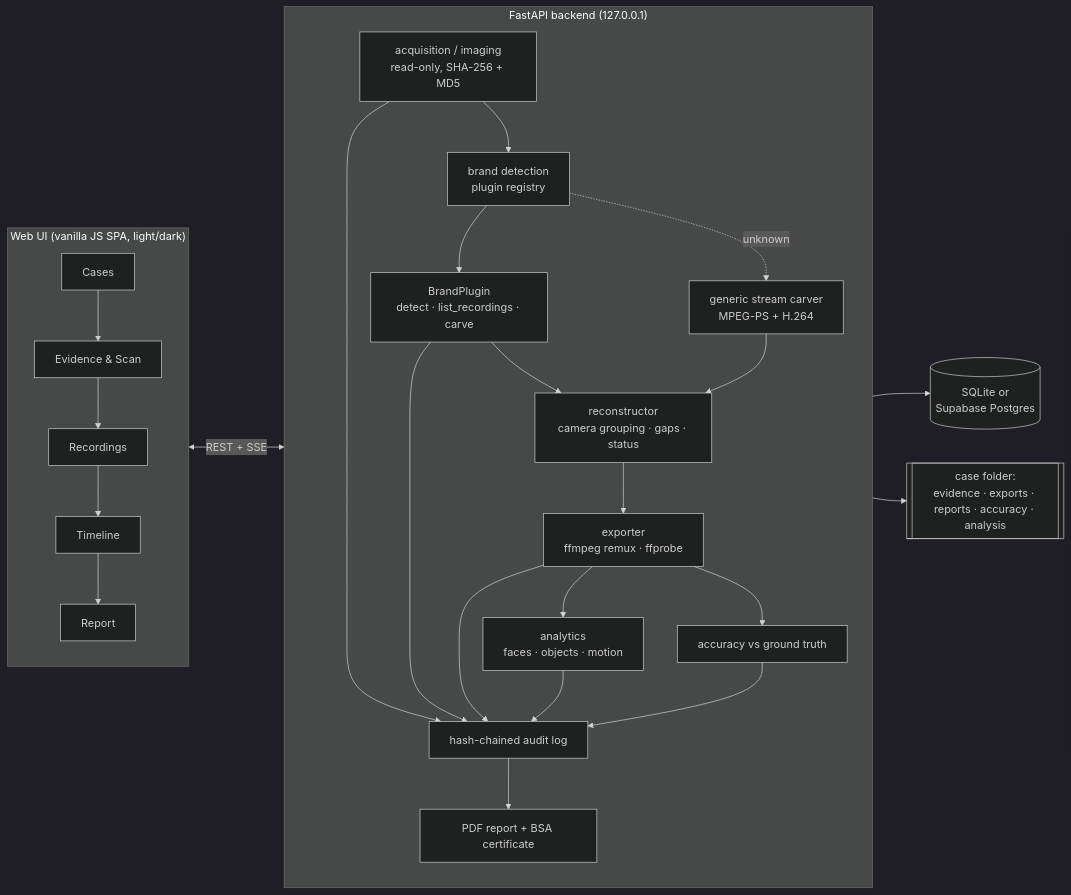
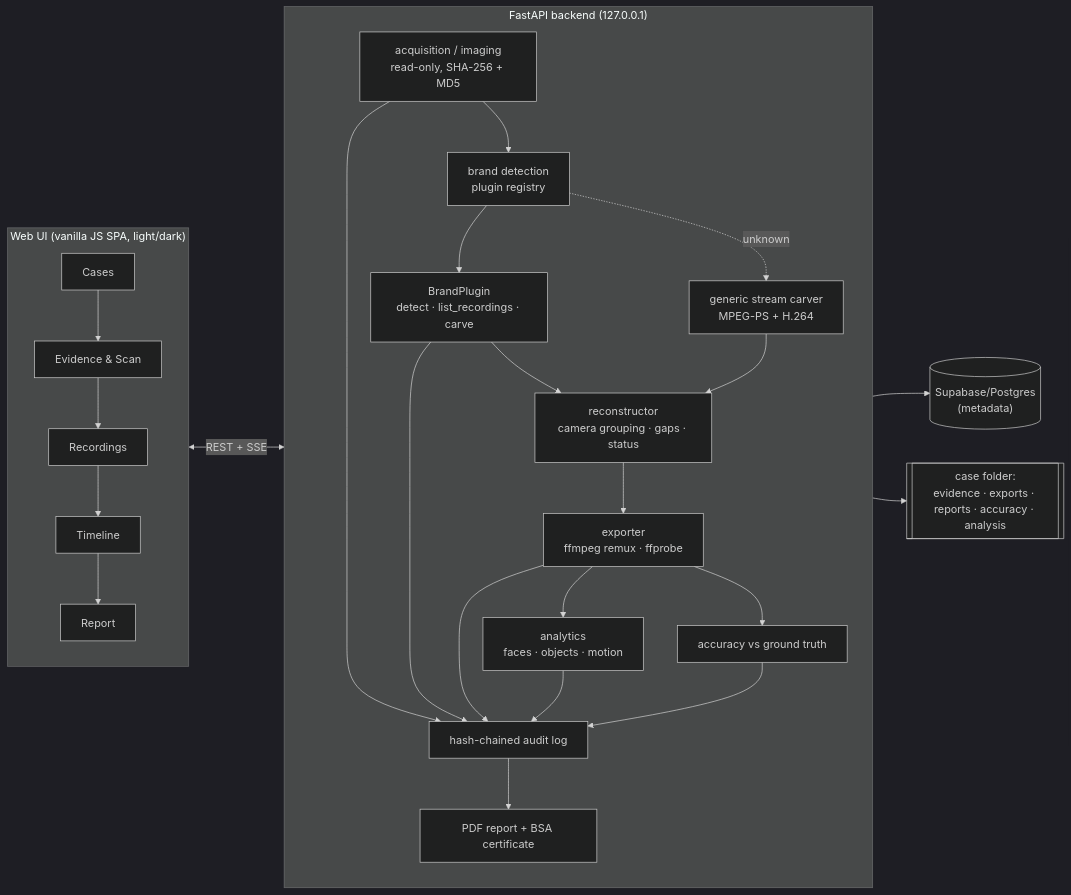
Before and after one commit to BhanuPrasad-2006/sih-26150: the diagram in README.md, drawn with Mermaid (dark theme). The commit also changed other lines of this file and 11 other files, not shown here.

First line of the commit message:
feat: desktop app architecture correction

````diff
--- a/README.md
+++ b/README.md
@@ -73,28 +73,28 @@
 ```mermaid
 flowchart LR
     subgraph UI["Web UI (vanilla JS SPA, light/dark)"]
         A1[Cases] --> A2[Evidence & Scan] --> A3[Recordings] --> A4[Timeline] --> A5[Report]
     end
     UI <-->|REST + SSE| API
 
     subgraph API["FastAPI backend (127.0.0.1)"]
         direction TB
         ACQ["acquisition / imaging<br/>read-only, SHA-256 + MD5"]
         DET["brand detection<br/>plugin registry"]
         PLG["BrandPlugin<br/>detect · list_recordings · carve"]
         GEN["generic stream carver<br/>MPEG-PS + H.264"]
         REC["reconstructor<br/>camera grouping · gaps · status"]
         EXP["exporter<br/>ffmpeg remux · ffprobe"]
         ANA["analytics<br/>faces · objects · motion"]
         ACC["accuracy vs ground truth"]
         AUD["hash-chained audit log"]
         REP["PDF report + BSA certificate"]
         ACQ --> DET --> PLG --> REC --> EXP --> ANA
         DET -.unknown.-> GEN --> REC
         EXP --> ACC
         ACQ & PLG & EXP & ANA & ACC --> AUD --> REP
     end
 
-    API --> DB[("SQLite or<br/>Supabase Postgres")]
+    API --> DB[("Supabase/Postgres<br/>(metadata)")]
     API --> FS[["case folder:<br/>evidence · exports · reports · accuracy · analysis"]]
 ```
````
